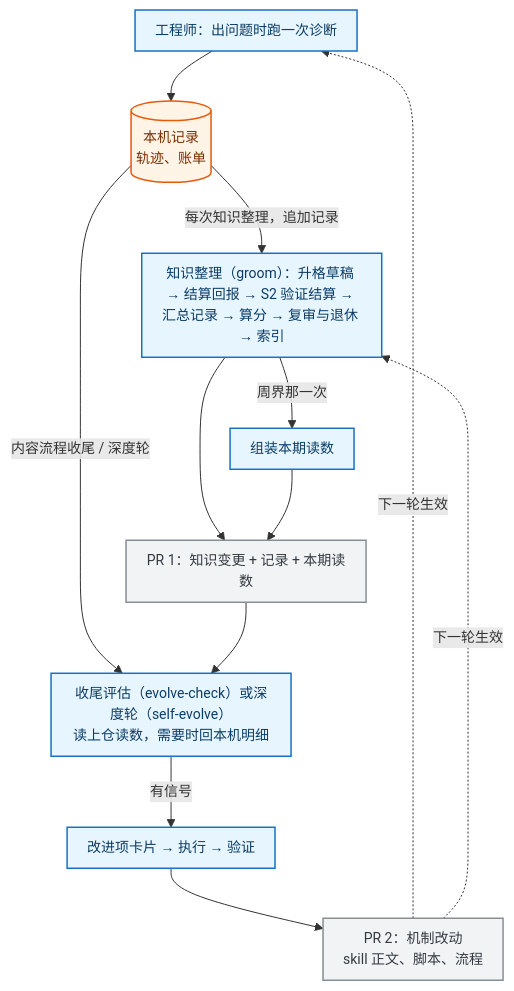
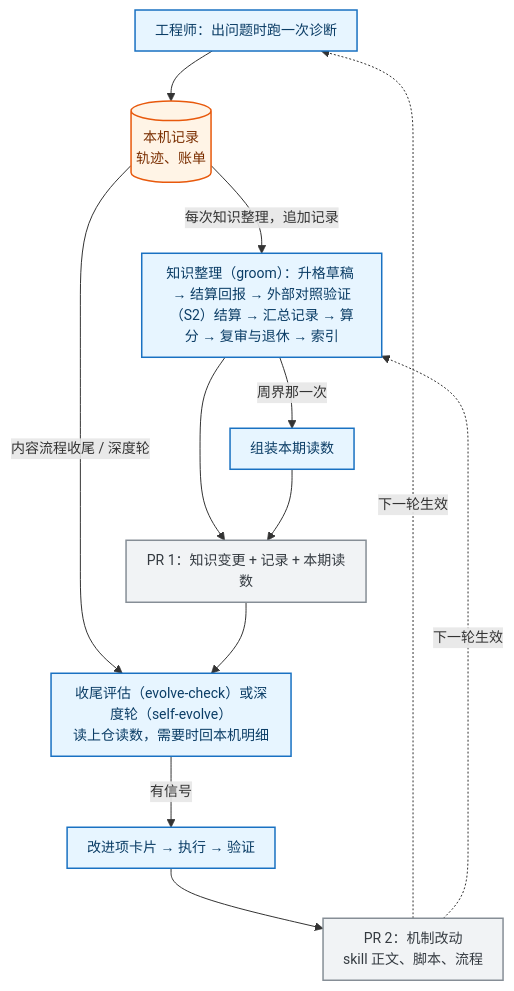
One commit to Bowen-Leee/ascend-sleuth changed the second of 4 diagrams in docs/mechanism/diagnosis-observability.md. Above: the diagram before and after it, drawn with Mermaid. The commit also changed other lines of this file, not shown here.

````diff
--- a/docs/mechanism/diagnosis-observability.md
+++ b/docs/mechanism/diagnosis-observability.md
@@ -174,22 +175,22 @@
 ```mermaid
 %%{init: {'themeVariables':{'fontSize':'14px'},'flowchart':{'curve':'basis','nodeSpacing':40,'rankSpacing':50,'padding':10}}}%%
 flowchart TB
     D1["工程师：出问题时跑一次诊断"] --> L[("本机记录<br/>轨迹、账单")]
-    L -->|"每次知识整理，追加记录"| G1["知识整理（groom）：升格草稿 → 结算回报 → S2 验证结算 → 汇总记录 → 算分 → 复审与退休 → 索引"]
+    L -->|"每次知识整理，追加记录"| G1["知识整理（groom）：升格草稿 → 结算回报 → 外部对照验证（S2）结算 → 汇总记录 → 算分 → 复审与退休 → 索引"]
     G1 -->|"周界那一次"| G2["组装本期读数"]
     G1 --> P1["PR 1：知识变更 + 记录 + 本期读数"]
     G2 --> P1
     L -->|"内容流程收尾 / 深度轮"| V1["收尾评估（evolve-check）或深度轮（self-evolve）<br/>读上仓读数，需要时回本机明细"]
     P1 --> V1
     V1 -->|"有信号"| V2["改进项卡片 → 执行 → 验证"]
     V2 --> P2["PR 2：机制改动<br/>skill 正文、脚本、流程"]
     P2 -.->|"下一轮生效"| D1
     P2 -.->|"下一轮生效"| G1
 
     classDef human fill:#e7f5ff,stroke:#1971c2,stroke-width:1.5px,color:#0b3d66
     classDef store fill:#fff4e6,stroke:#e8590c,stroke-width:1.5px,color:#7a2e00
     classDef pr fill:#f1f3f5,stroke:#868e96,stroke-width:1.5px,color:#343a40
     class D1,G1,G2,V1,V2 human
     class L store
     class P1,P2 pr
 ```
````
